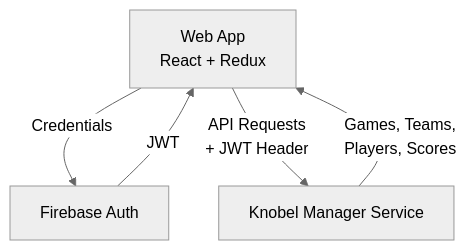
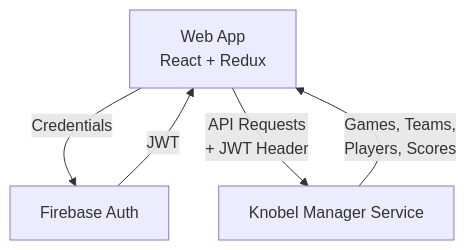
The diagram in README.md (henok321/knobel-manager-app), drawn with Mermaid before and after one commit.

Commit message:
docs: remove mermaid theme

````diff
--- a/README.md
+++ b/README.md
@@ -11,11 +11,7 @@
 ```mermaid
----
-config:
-    theme: neutral
----
 graph TD
     Web-App[Web App<br/>React + Redux] -->|Credentials| Auth[Firebase Auth]
     Auth -->|JWT| Web-App
     Web-App -->|API Requests<br/>+ JWT Header| Backend[Knobel Manager Service]
     Backend -->|Games, Teams,<br/>Players, Scores| Web-App
 ```
````
